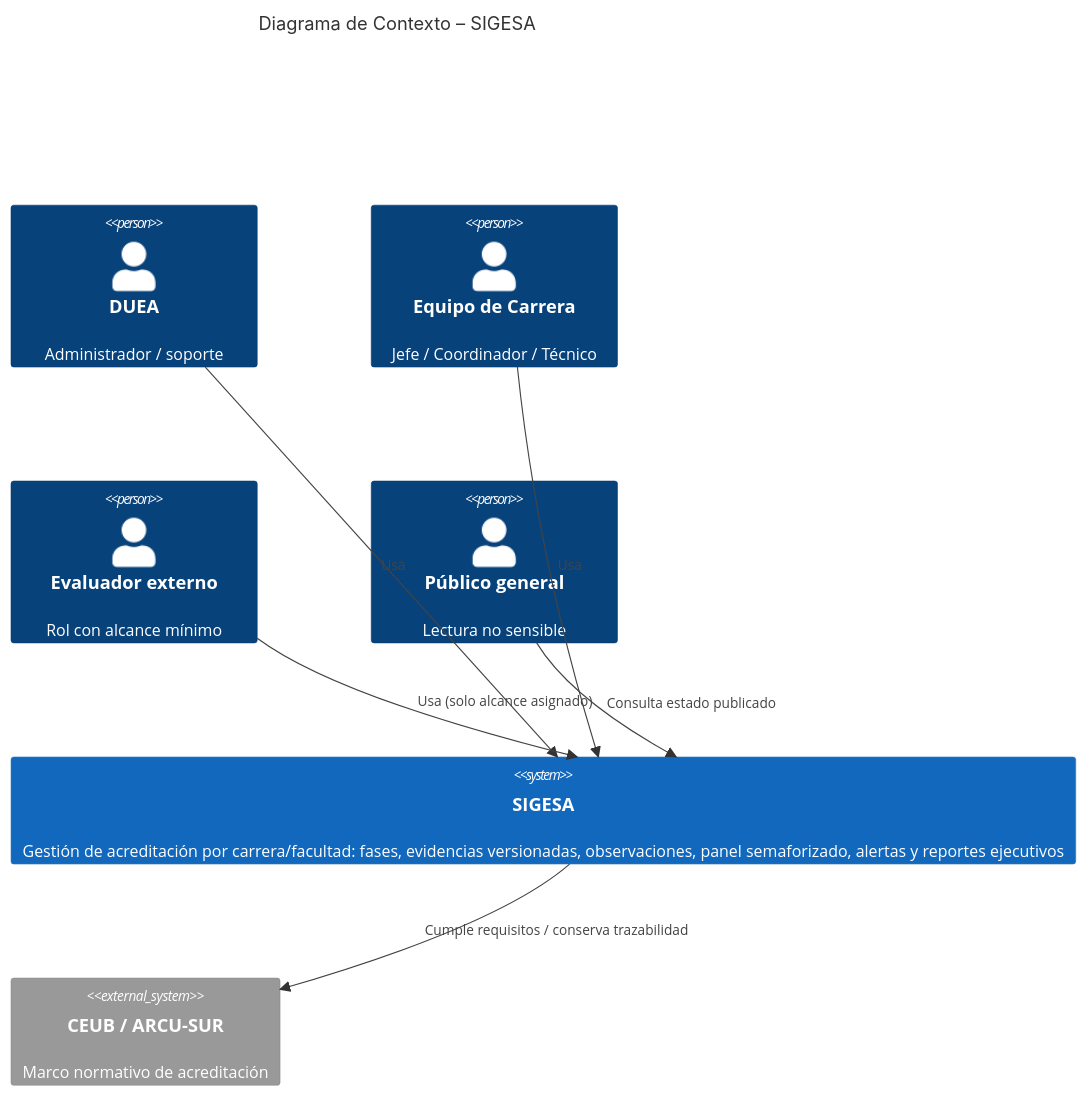
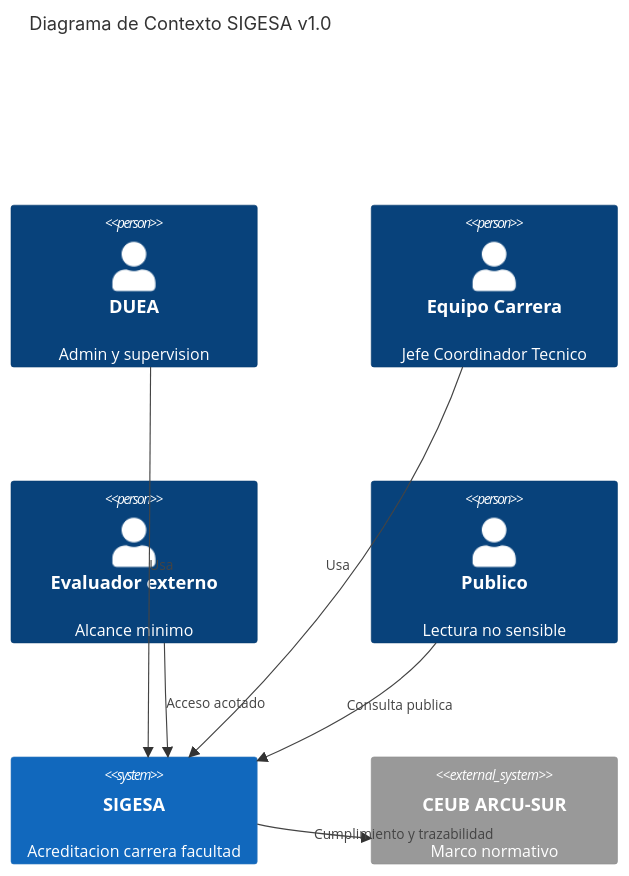
One commit to AcredIA-UMSS/sigesa-docs changed the first of 2 diagrams in team/borisAngulo/docs/09_dti/DTI_v1.md. Above: the diagram before and after it, drawn with Mermaid. The commit also changed other lines of this file and 18 other files, not shown here.

````diff
--- a/team/borisAngulo/docs/09_dti/DTI_v1.md
+++ b/team/borisAngulo/docs/09_dti/DTI_v1.md
@@ -53,15 +87,15 @@
 ```mermaid
 C4Context
-  title Diagrama de Contexto – SIGESA
-  Person(userDuea, "DUEA", "Administrador / soporte")
-  Person(userCarrera, "Equipo de Carrera", "Jefe / Coordinador / Técnico")
-  Person(userExt, "Evaluador externo", "Rol con alcance mínimo")
-  Person(userPublic, "Público general", "Lectura no sensible")
-  System(sys, "SIGESA", "Gestión de acreditación por carrera/facultad: fases, evidencias versionadas, observaciones, panel semaforizado, alertas y reportes ejecutivos")
-  System_Ext(ceub, "CEUB / ARCU-SUR", "Marco normativo de acreditación")
-  Rel(userDuea, sys, "Usa")
-  Rel(userCarrera, sys, "Usa")
-  Rel(userExt, sys, "Usa (solo alcance asignado)")
-  Rel(userPublic, sys, "Consulta estado publicado")
-  Rel(sys, ceub, "Cumple requisitos / conserva trazabilidad")
+  title Diagrama de Contexto SIGESA v1.0
+  Person(duea, "DUEA", "Admin y supervision")
+  Person(carrera, "Equipo Carrera", "Jefe Coordinador Tecnico")
+  Person(ext, "Evaluador externo", "Alcance minimo")
+  Person(pub, "Publico", "Lectura no sensible")
+  System(sigesa, "SIGESA", "Acreditacion carrera facultad")
+  System_Ext(ceub, "CEUB ARCU-SUR", "Marco normativo")
+  Rel(duea, sigesa, "Usa")
+  Rel(carrera, sigesa, "Usa")
+  Rel(ext, sigesa, "Acceso acotado")
+  Rel(pub, sigesa, "Consulta publica")
+  Rel(sigesa, ceub, "Cumplimiento y trazabilidad")
 ```
````
